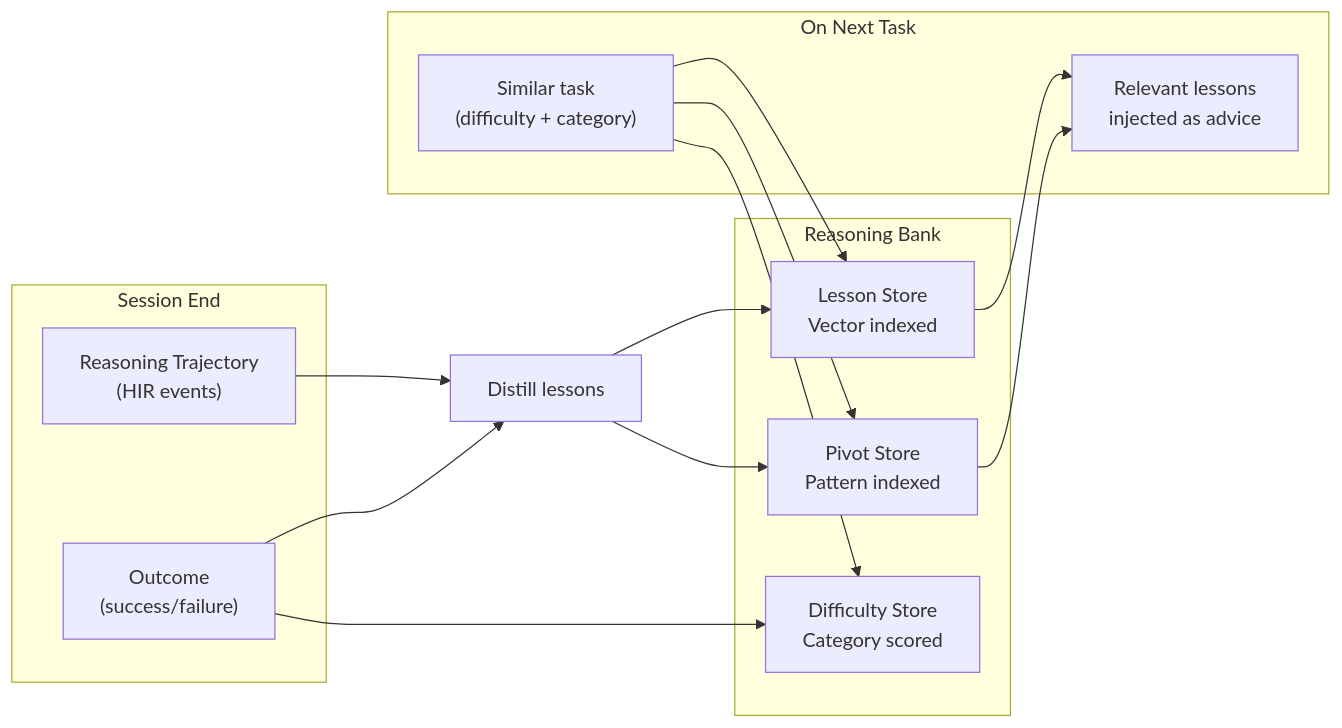
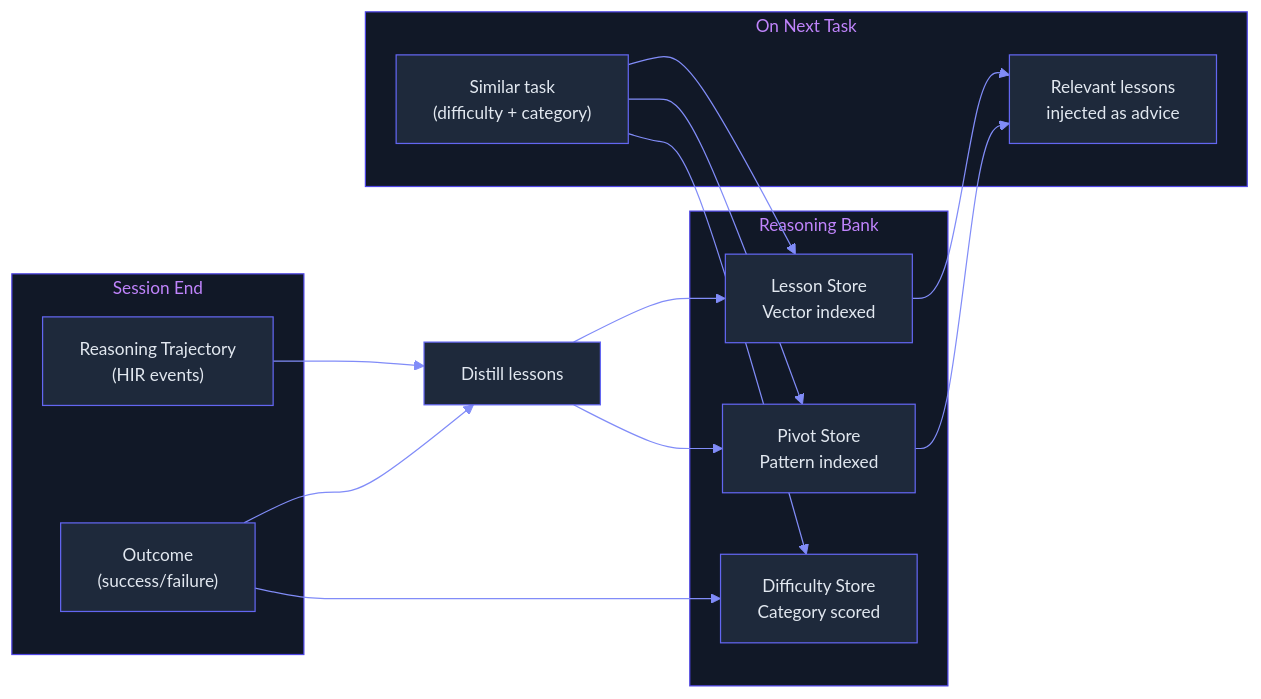
Before and after one commit to ndqkhanh/lyra: the diagram in docs/concepts/15-reasoning-bank.md, drawn with Mermaid. The commit also changed 70 other files, not shown here.

First line of the commit message:
feat: standardize all Mermaid diagrams with Lyra color theme

````diff
--- a/docs/concepts/15-reasoning-bank.md
+++ b/docs/concepts/15-reasoning-bank.md
@@ -16,21 +16,38 @@
 ```mermaid
+%%{init: {'theme': 'base', 'themeVariables': {
+  'primaryColor': '#7c3aed',
+  'primaryTextColor': '#e2e8f0',
+  'primaryBorderColor': '#a78bfa',
+  'lineColor': '#818cf8',
+  'secondaryColor': '#1e293b',
+  'tertiaryColor': '#0f172a',
+  'background': '#0d0d1a',
+  'mainBkg': '#1e293b',
+  'nodeBorder': '#6366f1',
+  'clusterBkg': '#111827',
+  'clusterBorder': '#4f46e5',
+  'titleColor': '#c084fc',
+  'edgeLabelBackground': '#1e293b',
+  'nodeTextColor': '#e2e8f0',
+  'fontSize': '14px'
+}}}%%
 flowchart LR
     subgraph Session["Session End"]
         Trace["Reasoning Trajectory<br/>(HIR events)"]
         Outcome["Outcome<br/>(success/failure)"]
     end
     subgraph Bank["Reasoning Bank"]
         Lesson["Lesson Store<br/>Vector indexed"]
         Pivot["Pivot Store<br/>Pattern indexed"]
         Diff["Difficulty Store<br/>Category scored"]
     end
     subgraph Retrieval["On Next Task"]
         Query["Similar task<br/>(difficulty + category)"]
         Advice["Relevant lessons<br/>injected as advice"]
     end
     Trace & Outcome --> Distill["Distill lessons"]
     Distill --> Lesson & Pivot
     Outcome --> Diff
     Query --> Lesson & Pivot & Diff
     Lesson & Pivot --> Advice
 ```
````
